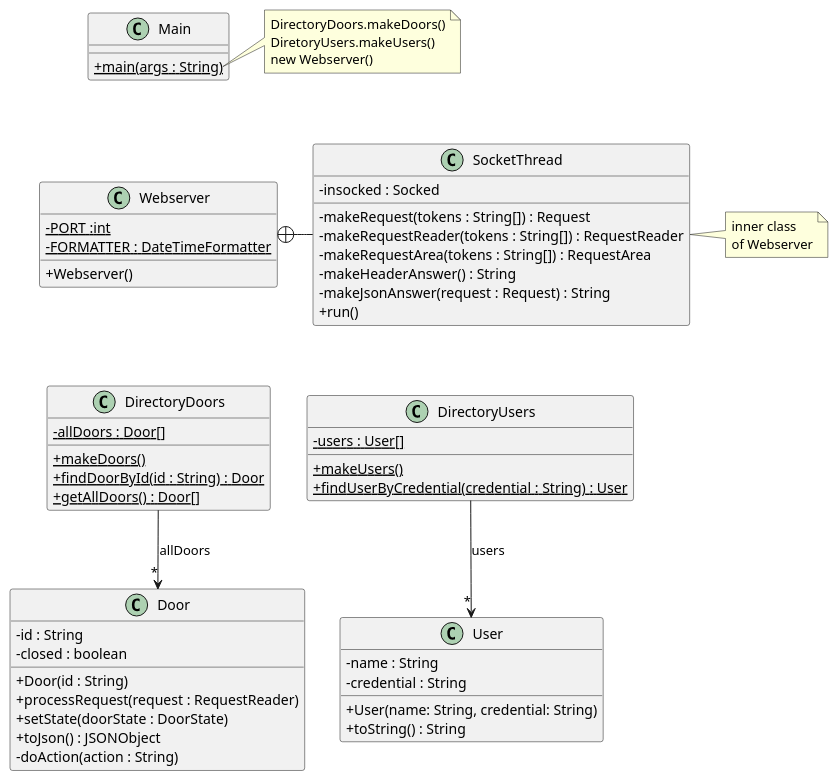
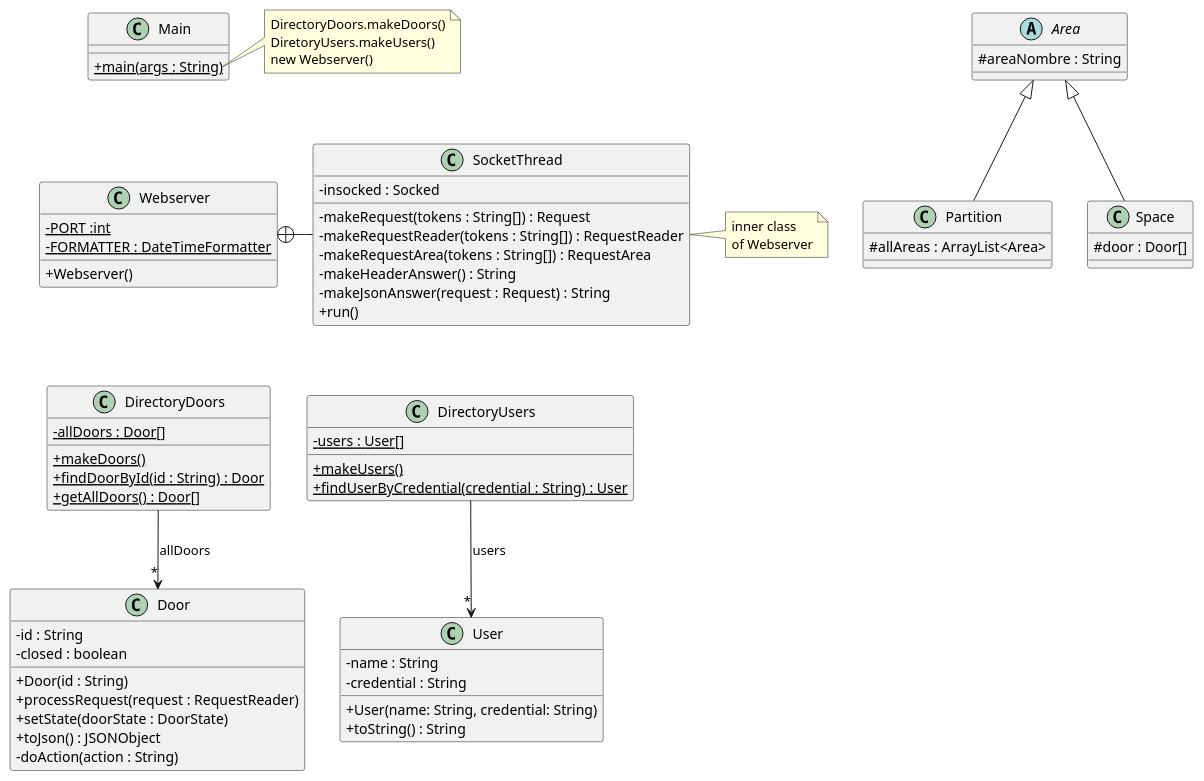
Before and after one commit to Jordiyy/DSPracticas: the diagram in out/production/acs_students-master/baseNoStates/uml/base_no_states.puml, drawn with PlantUML. The commit also changed 12 other files, not shown here.

```diff
--- a/out/production/acs_students-master/baseNoStates/uml/base_no_states.puml
+++ b/out/production/acs_students-master/baseNoStates/uml/base_no_states.puml
@@ -1,81 +1,93 @@
 @startuml
 'https://plantuml.com/class-diagram
 skinparam classAttributeIconSize 0
 
 class Webserver {
 - {static} PORT :int
 - {static} FORMATTER : DateTimeFormatter
 + Webserver()
 }
 
 class SocketThread {
 - insocked : Socked
 - makeRequest(tokens : String[]) : Request
 - makeRequestReader(tokens : String[]) : RequestReader
 - makeRequestArea(tokens : String[]) : RequestArea
 - makeHeaderAnswer() : String
 - makeJsonAnswer(request : Request) : String
 + run()
 }
 
 Webserver +-right- SocketThread
 
 note right of SocketThread
 inner class
 of Webserver
 end note
 
 class DirectoryDoors {
 - {static} allDoors : Door[]
 + {static} makeDoors()
 + {static} findDoorById(id : String) : Door
 + {static} getAllDoors() : Door[]
 }
 
 DirectoryDoors --> "*" Door : "allDoors"
 
 class DirectoryUsers {
 - {static} users : User[]
 + {static} makeUsers()
 + {static} findUserByCredential(credential : String) : User
 }
 
 DirectoryUsers --> "*" User : "users"
 
 class Door {
 - id : String
 - closed : boolean
 + Door(id : String)
 + processRequest(request : RequestReader)
 + setState(doorState : DoorState)
 + toJson() : JSONObject
 '+ toString() : String
 '+ isClosed() :boolean
 '+ setClosed(b : boolean)
 '+ getStateName() : String
 - doAction(action : String)
 }
 
 
 class User {
 - name : String
 - credential : String
 + User(name: String, credential: String)
 + toString() : String
 }
 
 
 class Main {
 + {static} main(args : String)
 }
 
+abstract class Area {
+    # areaNombre : String
+}
+
+class Partition extends Area{
+    # allAreas : ArrayList<Area>
+}
+
+class Space extends Area {
+    # door : Door[]
+}
+
 note right of Main::main
 DirectoryDoors.makeDoors()
 DiretoryUsers.makeUsers()
 new Webserver()
 end note
 
 Main -[hidden]down- Webserver
 Webserver -[hidden]down- DirectoryDoors
 DirectoryDoors -[hidden]right- DirectoryUsers
 @enduml
```
